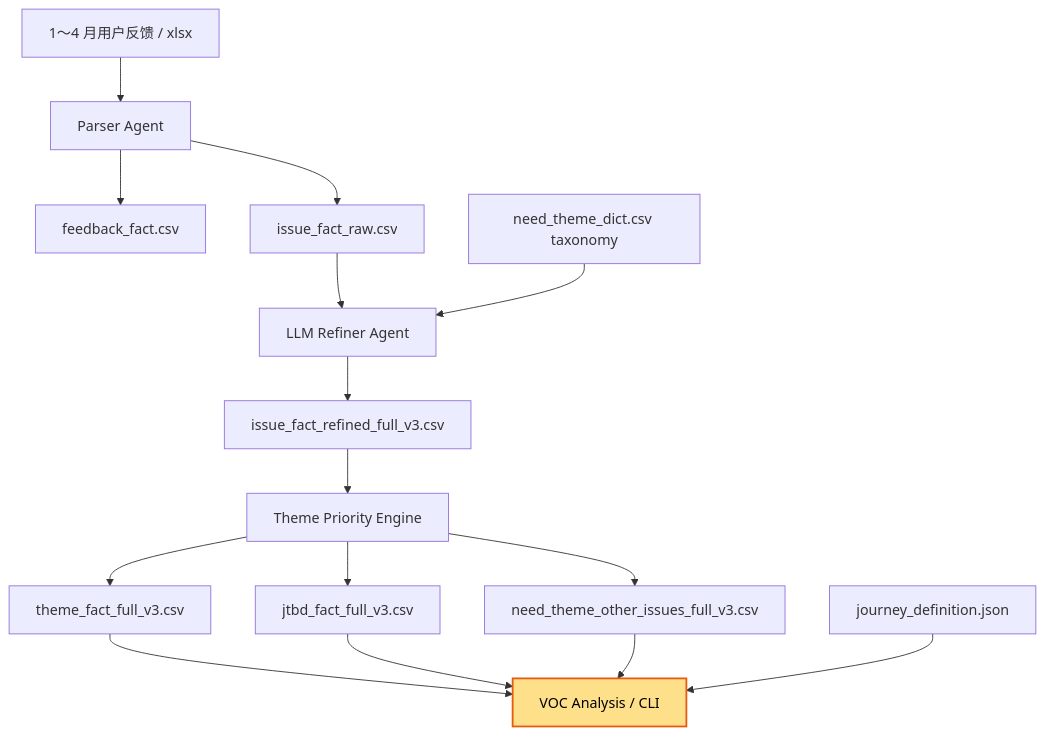
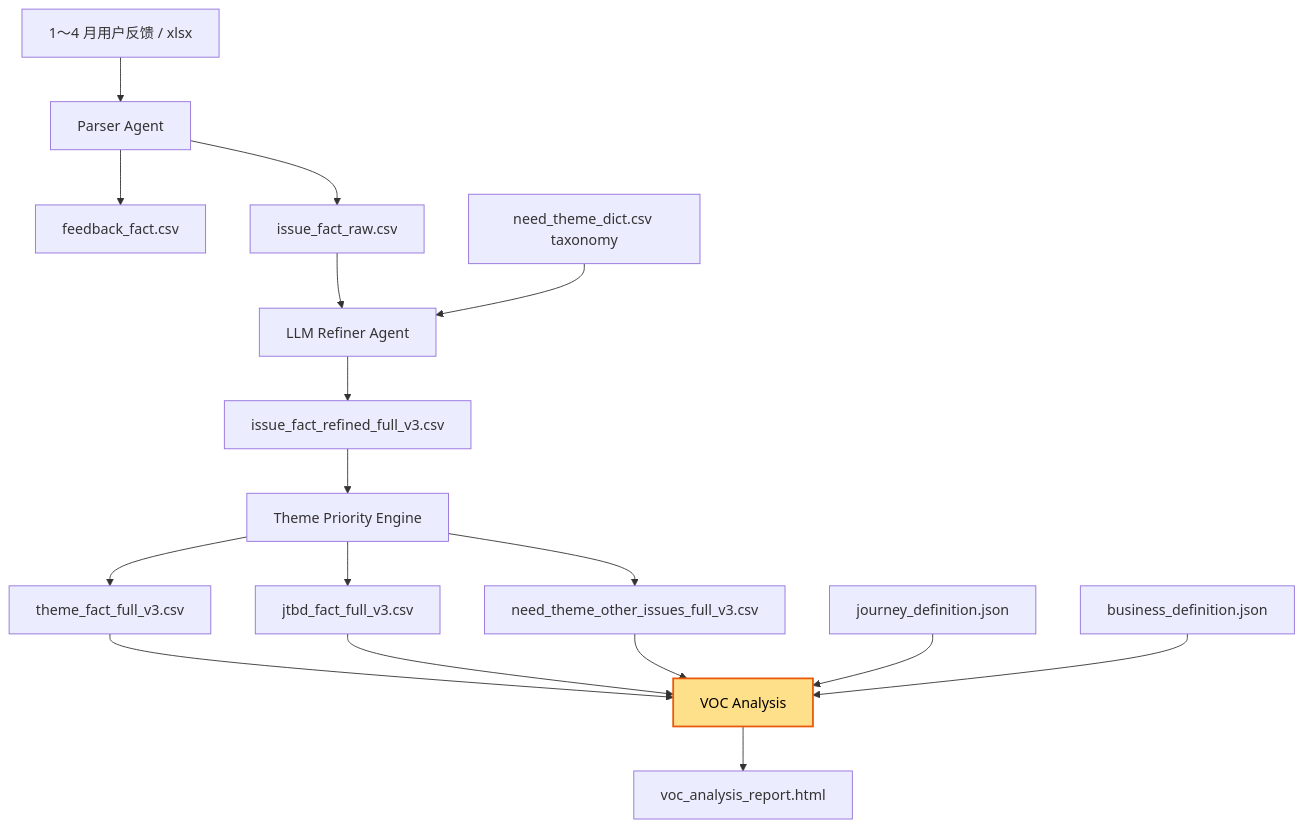
One commit to zhangzihaoDT/product_voc changed the diagram in README.md. Above: the diagram before and after it, drawn with Mermaid. The commit also changed other lines of this file and 11 other files, not shown here.

````diff
--- a/README.md
+++ b/README.md
@@ -5,23 +5,25 @@
 ```mermaid
 flowchart TD
   A[1～4 月用户反馈 / xlsx] --> B[Parser Agent]
   B --> C[feedback_fact.csv]
   B --> D[issue_fact_raw.csv]
 
   D --> E[LLM Refiner Agent]
   T[need_theme_dict.csv taxonomy] --> E
   E --> F[issue_fact_refined_full_v3.csv]
 
   F --> G[Theme Priority Engine]
   G --> H[theme_fact_full_v3.csv]
   G --> I[jtbd_fact_full_v3.csv]
   G --> J[need_theme_other_issues_full_v3.csv]
 
-  H --> K[VOC Analysis / CLI]
+  H --> K[VOC Analysis]
   I --> K
   J --> K
   M[journey_definition.json] --> K
+  N[business_definition.json] --> K
+  K --> O[voc_analysis_report.html]
 
   classDef highlight fill:#FFE08A,stroke:#E8590C,stroke-width:2px,color:#000;
   class K highlight;
 ```
````
